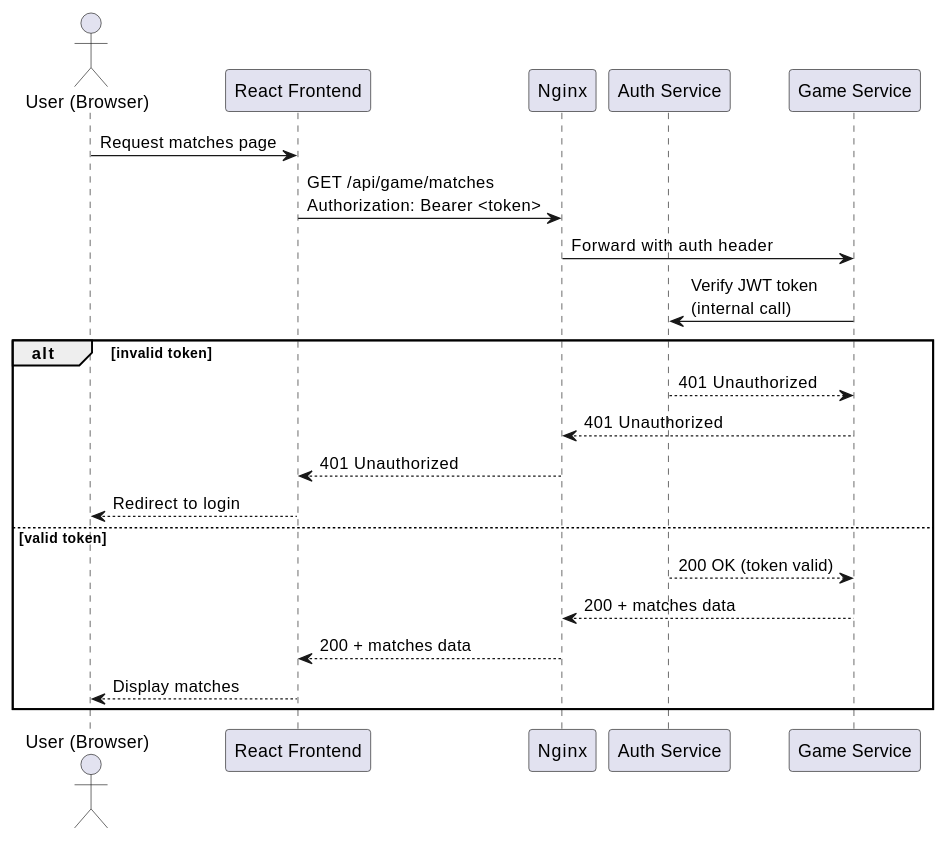
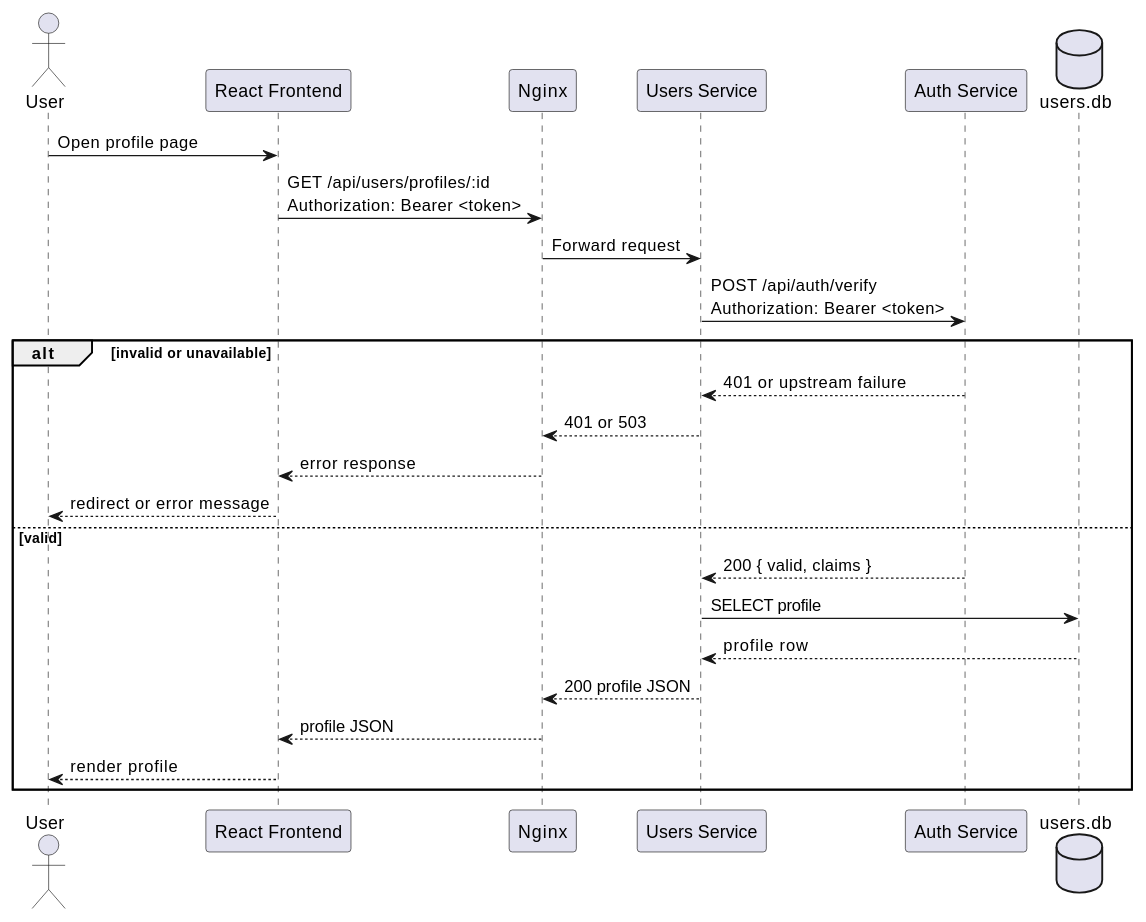
The second of 8 diagrams in docs/src/06_runtime_view.adoc (Arquisoft/yovi_es1c), drawn with PlantUML before and after one commit. The commit also changed other lines of this file and 10 other files, not shown here.

```diff
--- a/docs/src/06_runtime_view.adoc
+++ b/docs/src/06_runtime_view.adoc
@@ -45,25 +34,28 @@
-[plantuml, "runtime-auth-check", png]
+[plantuml, runtime-profile-auth, png]
 ----
-actor "User (Browser)" as Human
+actor "User" as Human
 participant "React Frontend" as Frontend
 participant "Nginx" as Nginx
+participant "Users Service" as Users
 participant "Auth Service" as Auth
-participant "Game Service" as GameService
+database "users.db" as UsersDB
 
-Human -> Frontend: Request matches page
-Frontend -> Nginx: GET /api/game/matches\nAuthorization: Bearer <token>
-Nginx -> GameService: Forward with auth header
-GameService -> Auth: Verify JWT token\n(internal call)
+Human -> Frontend: Open profile page
+Frontend -> Nginx: GET /api/users/profiles/:id\nAuthorization: Bearer <token>
+Nginx -> Users: Forward request
+Users -> Auth: POST /api/auth/verify\nAuthorization: Bearer <token>
 
-alt invalid token
-  Auth --> GameService: 401 Unauthorized
-  GameService --> Nginx: 401 Unauthorized
-  Nginx --> Frontend: 401 Unauthorized
-  Frontend --> Human: Redirect to login
-else valid token
-  Auth --> GameService: 200 OK (token valid)
-  GameService --> Nginx: 200 + matches data
-  Nginx --> Frontend: 200 + matches data
-  Frontend --> Human: Display matches
+alt invalid or unavailable
+  Auth --> Users: 401 or upstream failure
+  Users --> Nginx: 401 or 503
+  Nginx --> Frontend: error response
+  Frontend --> Human: redirect or error message
+else valid
+  Auth --> Users: 200 { valid, claims }
+  Users -> UsersDB: SELECT profile
+  UsersDB --> Users: profile row
+  Users --> Nginx: 200 profile JSON
+  Nginx --> Frontend: profile JSON
+  Frontend --> Human: render profile
 end
 ----
```
